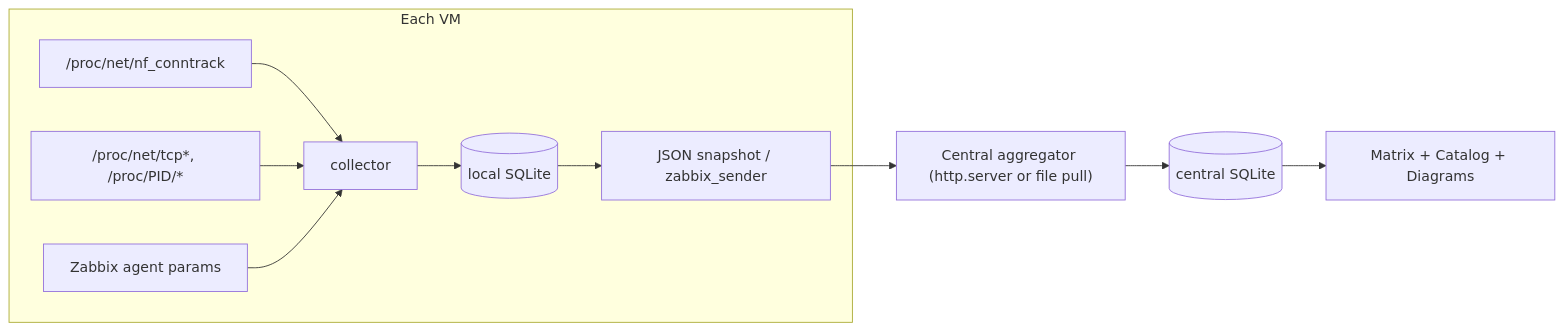
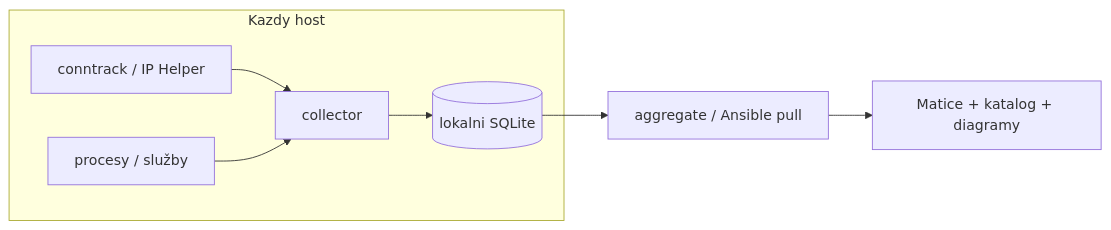
One commit to fedurca/appmap changed the diagram in README.md. Above: the diagram before and after it, drawn with Mermaid. The commit also changed other lines of this file and 14 other files, not shown here.

````diff
--- a/README.md
+++ b/README.md
@@ -295,13 +148,10 @@
 ```mermaid
 flowchart LR
-  subgraph vm [Each VM]
-    ct["/proc/net/nf_conntrack"] --> collector
-    procfs["/proc/net/tcp*, /proc/PID/*"] --> collector
-    zbx["Zabbix agent params"] --> collector
-    collector --> localdb[("local SQLite")]
-    localdb --> exporter["JSON snapshot / zabbix_sender"]
+  subgraph vm [Kazdy host]
+    ct["conntrack / IP Helper"] --> collector
+    proc["procesy / služby"] --> collector
+    collector --> localdb[("lokalni SQLite")]
   end
-  exporter --> central["Central aggregator (http.server or file pull)"]
-  central --> centraldb[("central SQLite")]
-  centraldb --> report["Matrix + Catalog + Diagrams"]
+  localdb --> central["aggregate / Ansible pull"]
+  central --> report["Matice + katalog + diagramy"]
 ```
````
